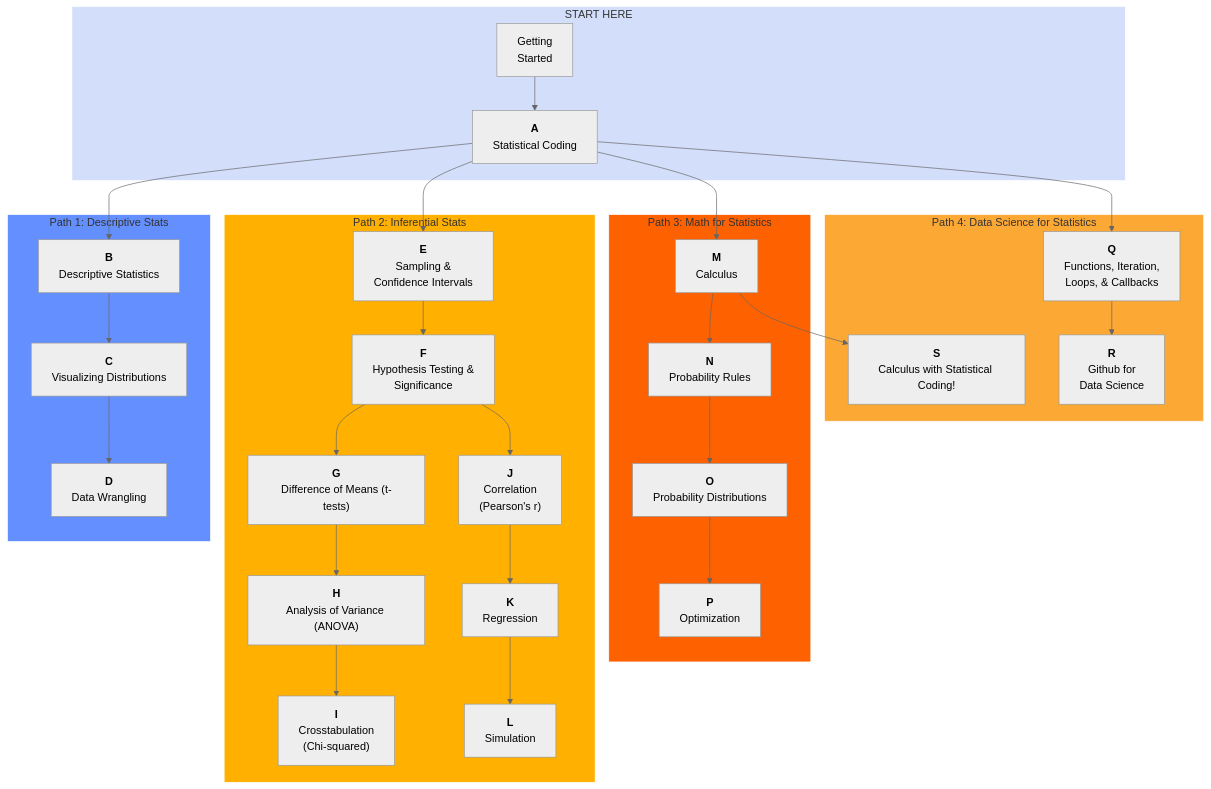
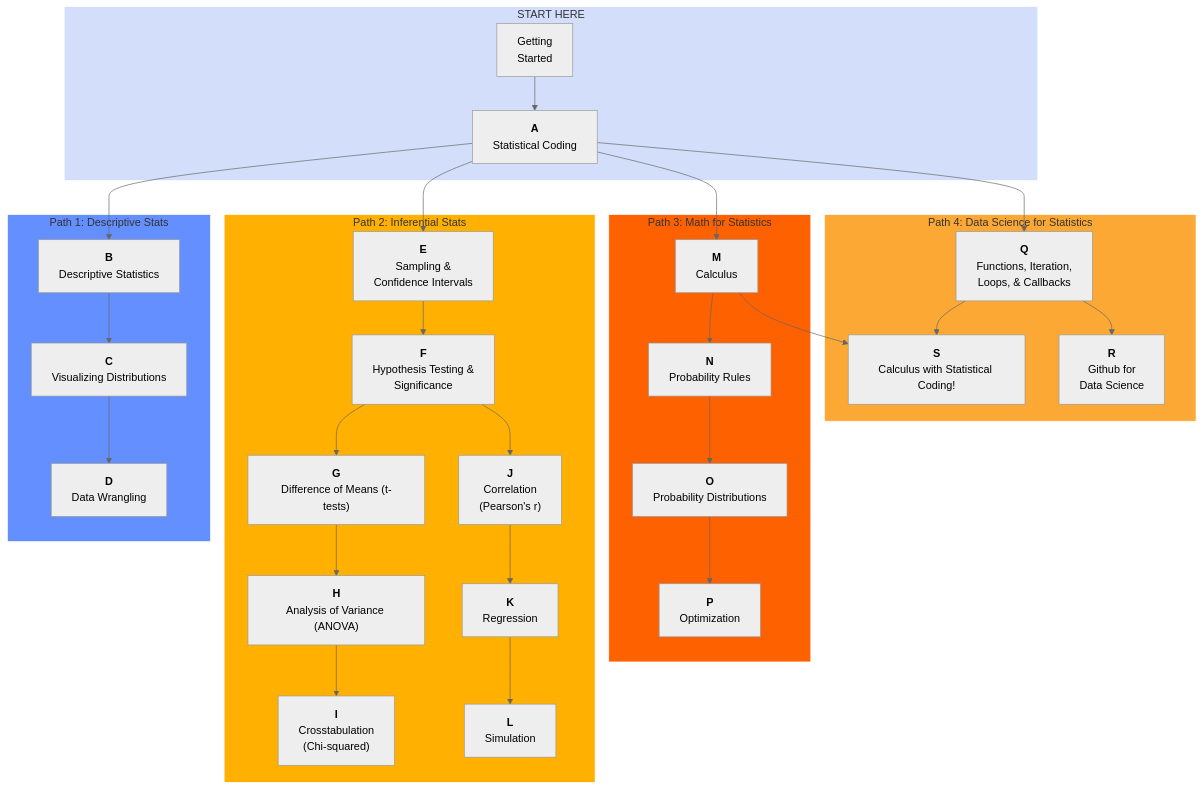
The diagram in README.md (timothyfraser/stats_bootcamp), drawn with Mermaid (neutral theme) before and after one commit.

````diff
--- a/README.md
+++ b/README.md
@@ -85,69 +85,70 @@
 ```mermaid
 flowchart TD
 
 
 subgraph p0["START HERE"]
     Z["Getting<br>Started"]
     A["<b>A</b><br>Statistical Coding"]
 end
 
 subgraph p4["Path 4: Data Science for Statistics"]
     Q["<b>Q</b><br>Functions, Iteration,<br>Loops, & Callbacks"]
     R["<b>R</b><br>Github for<br>Data Science"]
     S["<b>S</b><br>Calculus with Statistical Coding!"]
 end
 
 subgraph p3["Path 3: Math for Statistics"]
     M["<b>M</b><br>Calculus"]
     N["<b>N</b><br>Probability Rules"]
     O["<b>O</b><br>Probability Distributions"]
     P["<b>P</b><br>Optimization"]
 end
 
 subgraph p2["Path 2: Inferential Stats"]
     E["<b>E</b><br>Sampling &<br>Confidence Intervals"]
     F["<b>F</b><br>Hypothesis Testing &<br>Significance"]
     G["<b>G</b><br>Difference of Means (t-tests)"]
     H["<b>H</b><br>Analysis of Variance (ANOVA)"]
     I["<b>I</b><br>Crosstabulation<br>(Chi-squared)"]
     J["<b>J</b><br>Correlation<br>(Pearson's r)"]
     K["<b>K</b><br>Regression"]
     L["<b>L</b><br>Simulation"]
 end
 
 subgraph p1["Path 1: Descriptive Stats"]
     B["<b>B</b><br>Descriptive Statistics"]
     C["<b>C</b><br>Visualizing Distributions"]
     D["<b>D</b><br>Data Wrangling"]
 end
 
 
 
 Z --> A
 A --> B --> C --> D
 A --> E --> F --> G --> H --> I
 F --> J --> K --> L
 A --> M --> N --> O --> P
 M --> S
-A --> Q --> R
-
+A --> Q
+Q --> S
+Q --> R
 
 %%class Z,A path0;
 %%class B,C,D path1;
 %%class E,F,G,H,I,J,K,L path2;
 %%class M,N,O,P,Q,R path3;
 
 class p0 path0;
 class p1 path1;
 class p2 path2;
 class p3 path3;
 class p4 path4;
 
 classDef path0 fill:#D3DEFB,stroke:#FFFFFF;
 classDef path1 fill:#648FFF,stroke:#FFFFFF;
 classDef path2 fill:#FFB000,stroke:#FFFFFF;
 classDef path3 fill:#FE6100,stroke:#FFFFFF;
 classDef path4 fill:#fba835,stroke:#FFFFFF;
 
 
 ```
````
